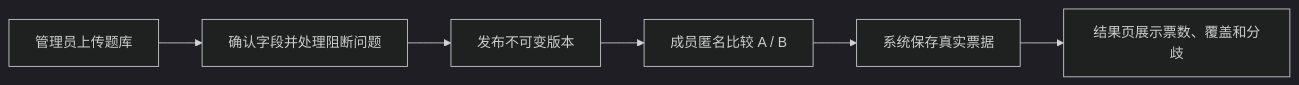
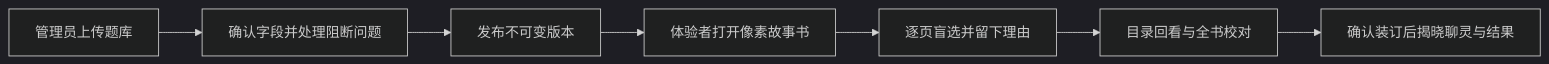
The first of 2 diagrams in docs/00-先看这里.md (GUAiZzz/chat-arena), drawn with Mermaid (dark theme) before and after one commit. The commit also changed other lines of this file and 21 other files, not shown here.

````diff
--- a/docs/00-先看这里.md
+++ b/docs/00-先看这里.md
@@ -9,8 +9,9 @@
 ```mermaid
 flowchart LR
     A["管理员上传题库"] --> B["确认字段并处理阻断问题"]
     B --> C["发布不可变版本"]
-    C --> D["成员匿名比较 A / B"]
-    D --> E["系统保存真实票据"]
-    E --> F["结果页展示票数、覆盖和分歧"]
+    C --> D["体验者打开像素故事书"]
+    D --> E["逐页盲选并留下理由"]
+    E --> F["目录回看与全书校对"]
+    F --> G["确认装订后揭晓聊灵与结果"]
 ```
````
